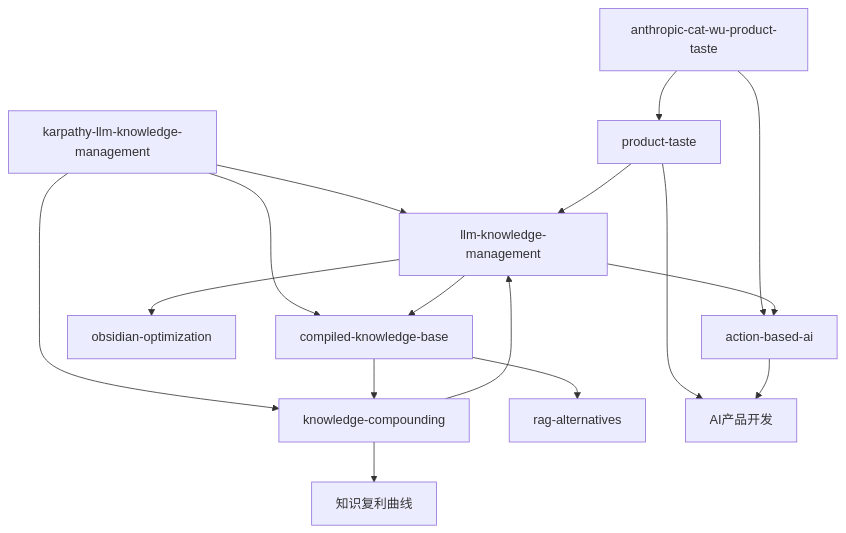
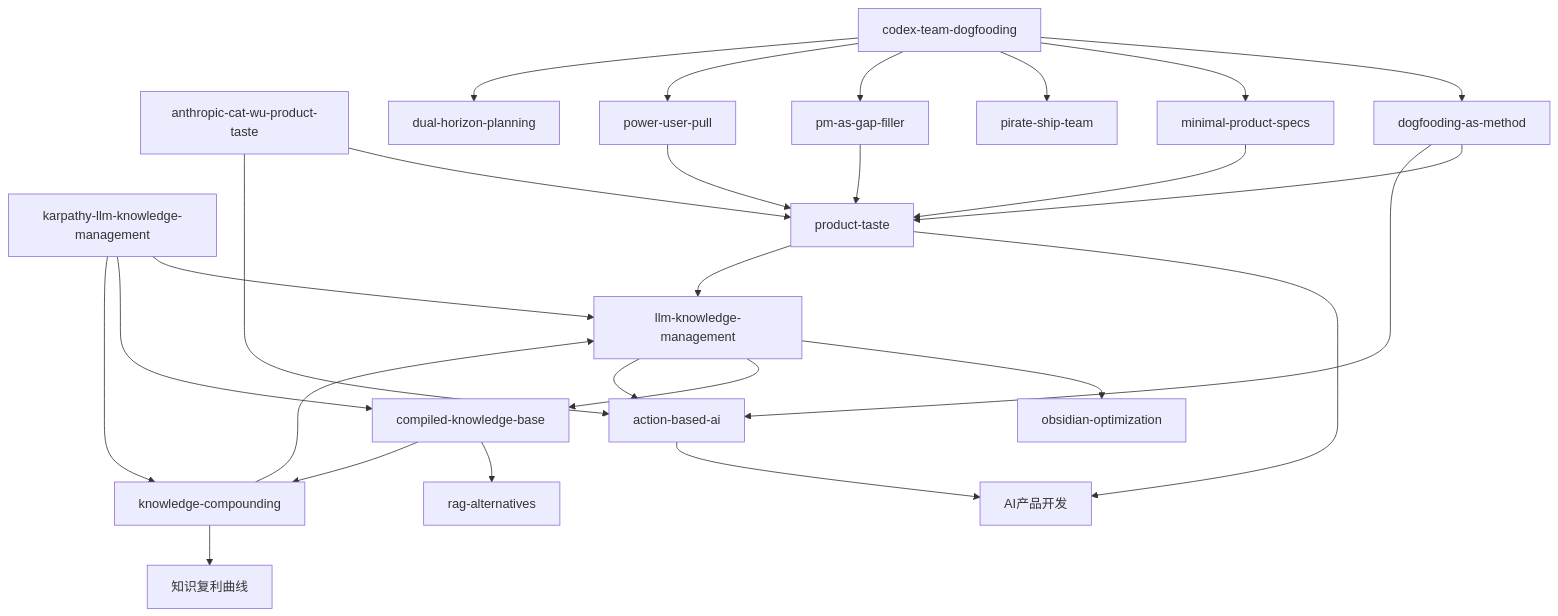
One commit to RoseWsp/wikirose changed the diagram in wiki/home.md. Above: the diagram before and after it, drawn with Mermaid. The commit also changed other lines of this file and 16 other files, not shown here.

````diff
--- a/wiki/home.md
+++ b/wiki/home.md
@@ -16,21 +16,33 @@
 ```mermaid
 graph TD
     A[karpathy-llm-knowledge-management] --> B[llm-knowledge-management]
     A --> C[compiled-knowledge-base] 
     A --> D[knowledge-compounding]
     B --> E[obsidian-optimization]
     C --> F[rag-alternatives]
     D --> G[知识复利曲线]
     
     B --> C
     C --> D
     D --> B
     
     H[anthropic-cat-wu-product-taste] --> I[product-taste]
     H --> J[action-based-ai]
     I --> K[AI产品开发]
     J --> K
-    
+
+    L[codex-team-dogfooding] --> M[dogfooding-as-method]
+    L --> N[minimal-product-specs]
+    L --> O[pirate-ship-team]
+    L --> P[pm-as-gap-filler]
+    L --> Q[power-user-pull]
+    L --> R[dual-horizon-planning]
+    M --> I
+    N --> I
+    P --> I
+    Q --> I
+    M --> J
+
     B --> J
     I --> B
 ```
````
